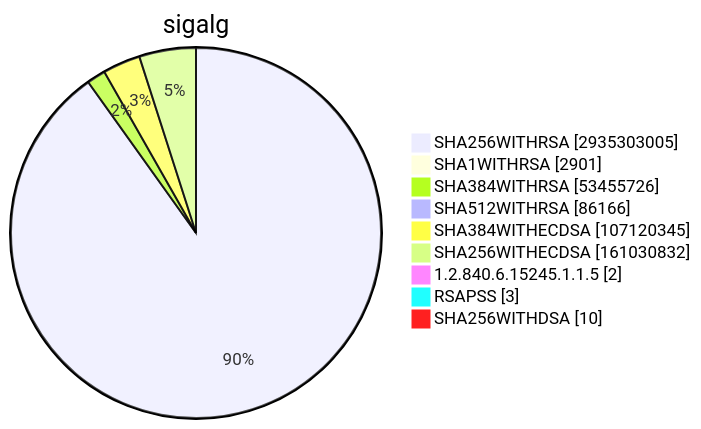
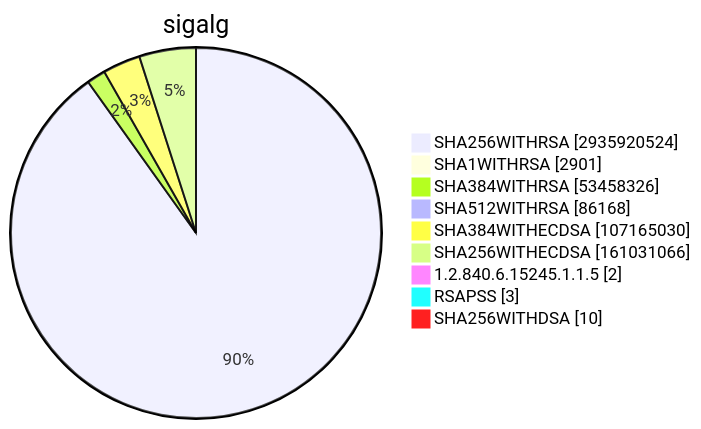
Before and after one commit to christiankrug/ctmonitor_visualization: diagram 15 of 15 in TOTAL/README.md, drawn with Mermaid. The commit also changed other lines of this file, not shown here.

````diff
--- a/TOTAL/README.md
+++ b/TOTAL/README.md
@@ -6207,13 +6207,13 @@
 ```mermaid
 pie showData
 title sigalg
-"SHA256WITHRSA" :2935303005
+"SHA256WITHRSA" :2935920524
 "SHA1WITHRSA" :2901
-"SHA384WITHRSA" :53455726
-"SHA512WITHRSA" :86166
-"SHA384WITHECDSA" :107120345
-"SHA256WITHECDSA" :161030832
+"SHA384WITHRSA" :53458326
+"SHA512WITHRSA" :86168
+"SHA384WITHECDSA" :107165030
+"SHA256WITHECDSA" :161031066
 "1.2.840.6.15245.1.1.5" :2
 "RSAPSS" :3
 "SHA256WITHDSA" :10
 ```
````
